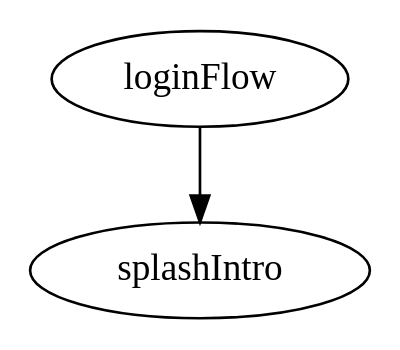
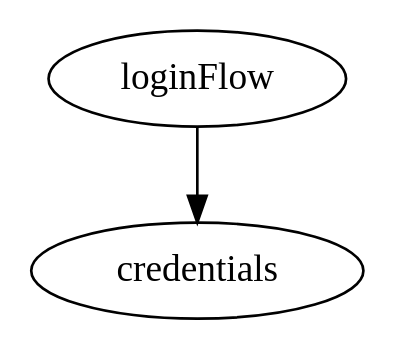
One commit to DeveloperPalmer/clarify-android changed the diagram in feature/login/routing/src/main/way/login_flow.dot. Above: the diagram before and after it, drawn with Graphviz. The commit also changed 7 other files, not shown here.

Commit message:
[login] Rename SplashIntroScreen.kt to CredentialsScreen.kt

```diff
--- a/feature/login/routing/src/main/way/login_flow.dot
+++ b/feature/login/routing/src/main/way/login_flow.dot
@@ -1,10 +1,10 @@
 digraph LoginFlow {
   package = "ru.sla.clarify.feature.login.routing"
 
   loginFlow [
     type = "flow",
     resultType = "ru.kode.skinepic.feature.login.routing.LoginFlow.Result"
   ]
 
-  loginFlow -> splashIntro
+  loginFlow -> credentials
 }
```
